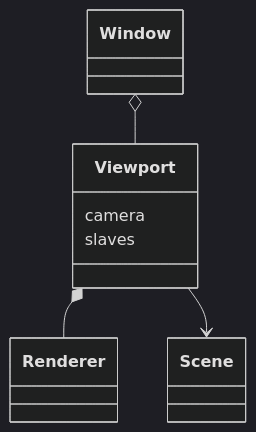
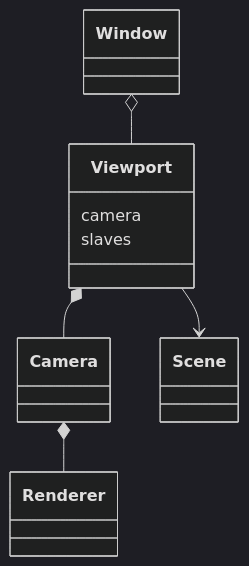
Before and after one commit to lingyisc/opeViewer: the diagram in README.md, drawn with Mermaid (dark theme).

Commit message:
更新README

````diff
--- a/README.md
+++ b/README.md
@@ -32,14 +32,16 @@
 ```mermaid
 classDiagram
     class Window
     class Viewport {
         camera
         slaves
     }
+    class Camera
     class Scene
     class Renderer
 
     Window o-- Viewport
-    Viewport *-- Renderer
+    Viewport *-- Camera
+    Camera *-- Renderer
     Viewport --> Scene
 ```
````
